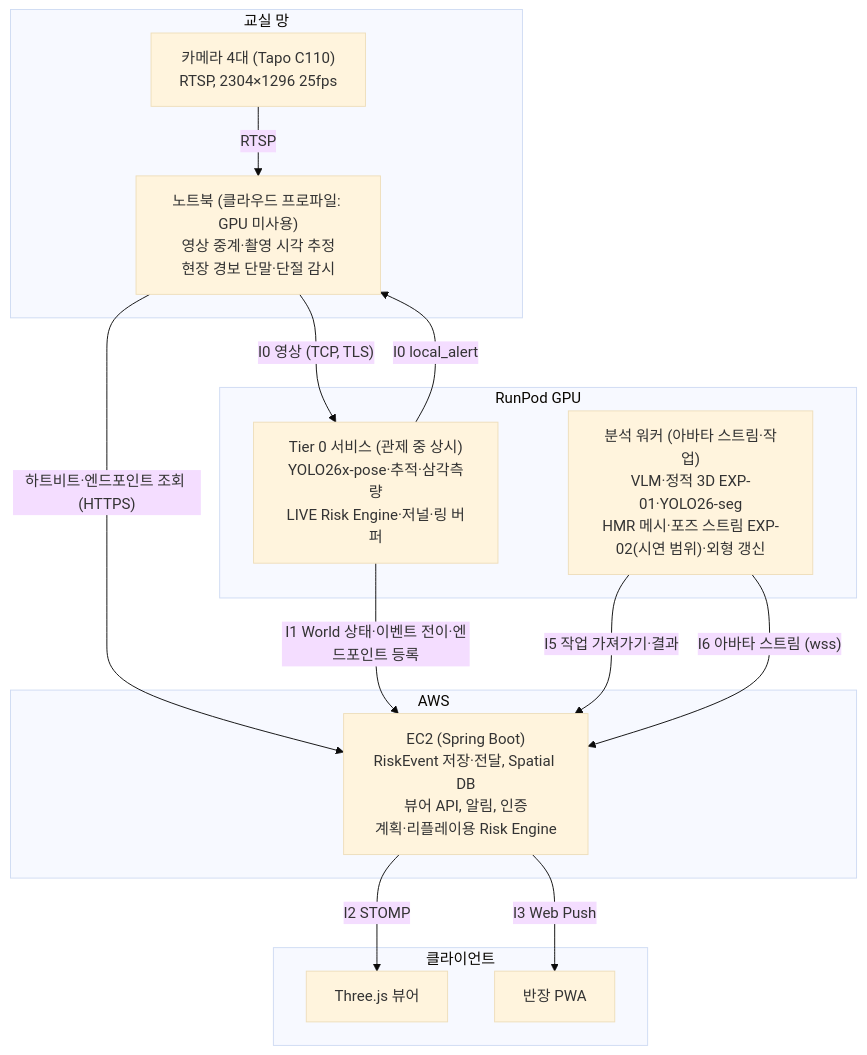
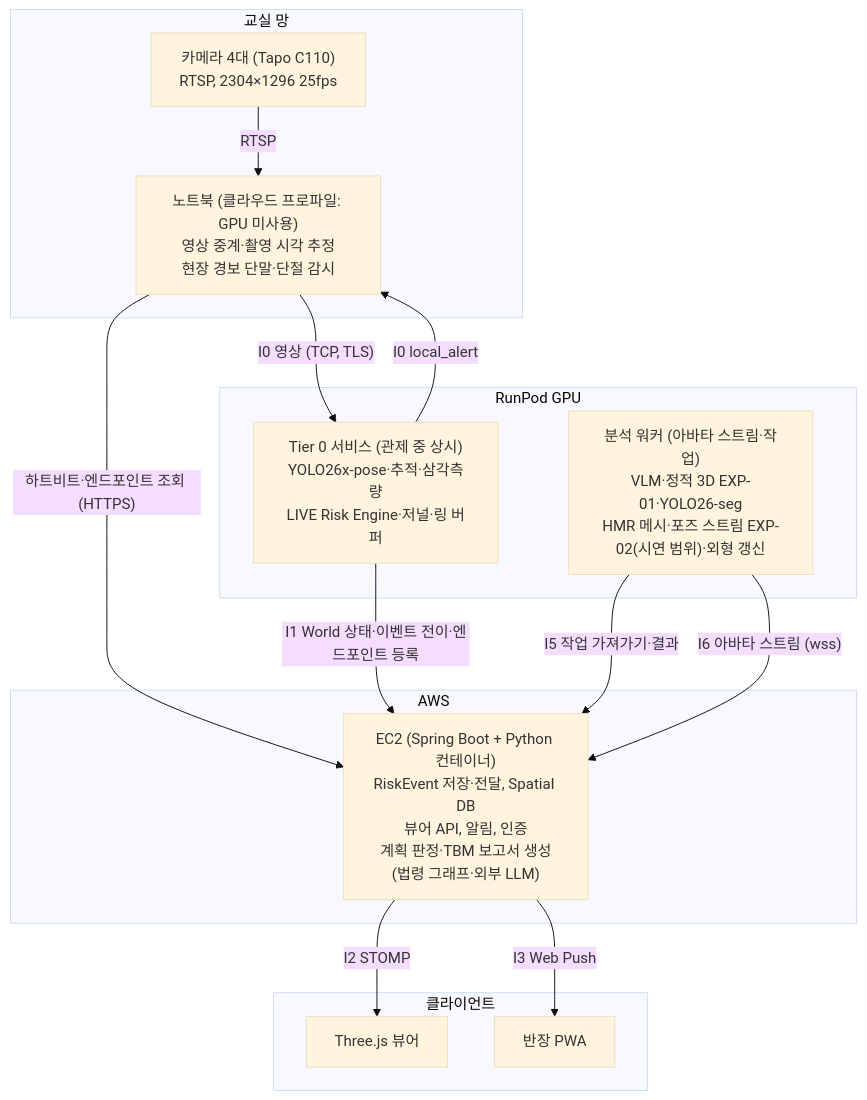
The first of 2 diagrams in docs/spec/03-system.md (Janjonghwa/simai), drawn with Mermaid (base theme) before and after one commit. The commit also changed other lines of this file and 21 other files, not shown here.

Commit message:
[S15P31A101-415] TBM 보고서 법령 지식 그래프·EC2 컨테이너 전환 및 VLM 오버레이 명세(v1.3 수정 49)

````diff
--- a/docs/spec/03-system.md
+++ b/docs/spec/03-system.md
@@ -158,27 +158,27 @@
 ```mermaid
 flowchart TB
   subgraph Classroom["교실 망"]
     CAM["카메라 4대 (Tapo C110)<br/>RTSP, 2304×1296 25fps"]
     GW["노트북 (클라우드 프로파일: GPU 미사용)<br/>영상 중계·촬영 시각 추정<br/>현장 경보 단말·단절 감시"]
     CAM -->|RTSP| GW
   end
   subgraph RunPod["RunPod GPU"]
     T0["Tier 0 서비스 (관제 중 상시)<br/>YOLO26x-pose·추적·삼각측량<br/>LIVE Risk Engine·저널·링 버퍼"]
     AW["분석 워커 (아바타 스트림·작업)<br/>VLM·정적 3D EXP-01·YOLO26-seg<br/>HMR 메시·포즈 스트림 EXP-02(시연 범위)·외형 갱신"]
   end
   subgraph AWS["AWS"]
-    EC2["EC2 (Spring Boot)<br/>RiskEvent 저장·전달, Spatial DB<br/>뷰어 API, 알림, 인증<br/>계획·리플레이용 Risk Engine"]
+    EC2["EC2 (Spring Boot + Python 컨테이너)<br/>RiskEvent 저장·전달, Spatial DB<br/>뷰어 API, 알림, 인증<br/>계획 판정·TBM 보고서 생성(법령 그래프·외부 LLM)"]
   end
   subgraph Clients["클라이언트"]
     V["Three.js 뷰어"]
     P["반장 PWA"]
   end
   GW -->|"I0 영상 (TCP, TLS)"| T0
   T0 -->|"I0 local_alert"| GW
   GW -->|"하트비트·엔드포인트 조회 (HTTPS)"| EC2
   T0 -->|"I1 World 상태·이벤트 전이·엔드포인트 등록"| EC2
   AW -->|"I5 작업 가져가기·결과"| EC2
   AW -->|"I6 아바타 스트림 (wss)"| EC2
   EC2 -->|I2 STOMP| V
   EC2 -->|I3 Web Push| P
 ```
````
